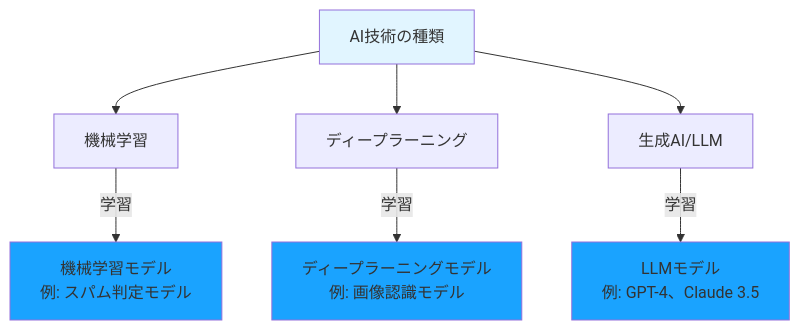
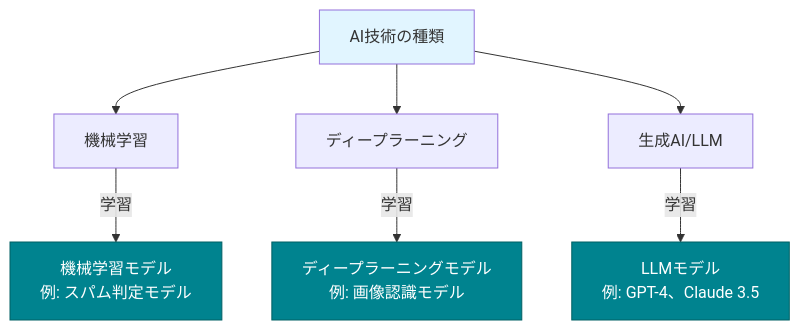
The first of 3 diagrams in book/pages/モデルとは.md (cyber-freaks-jp/AI_Driven_Development_Course), drawn with Mermaid before and after one commit. The commit also changed other lines of this file and 5 other files, not shown here.

````diff
--- a/book/pages/モデルとは.md
+++ b/book/pages/モデルとは.md
@@ -11,15 +11,15 @@
 ```mermaid
 graph TD
     A[AI技術の種類] --> B[機械学習]
     A --> C[ディープラーニング]
     A --> D[生成AI/LLM]
 
     B -->|学習| B1[機械学習モデル<br/>例: スパム判定モデル]
     C -->|学習| C1[ディープラーニングモデル<br/>例: 画像認識モデル]
     D -->|学習| D1[LLMモデル<br/>例: GPT-4、Claude 3.5]
 
     style A fill:#e1f5ff
-    style B1 fill:#1aa3ff
-    style C1 fill:#1aa3ff
-    style D1 fill:#1aa3ff
+    style B1 fill:#00838F,color:#FFFFFF,stroke:#006064
+    style C1 fill:#00838F,color:#FFFFFF,stroke:#006064
+    style D1 fill:#00838F,color:#FFFFFF,stroke:#006064
 ```
````
